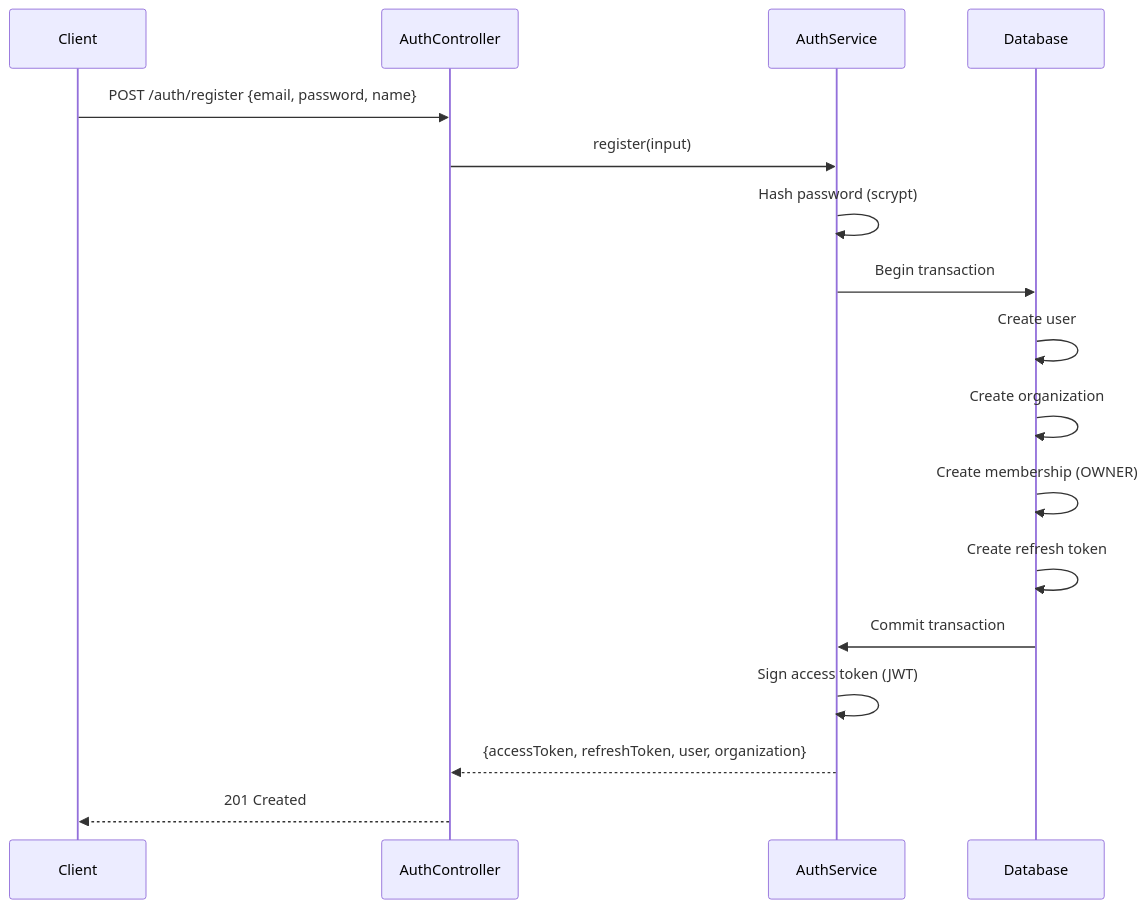
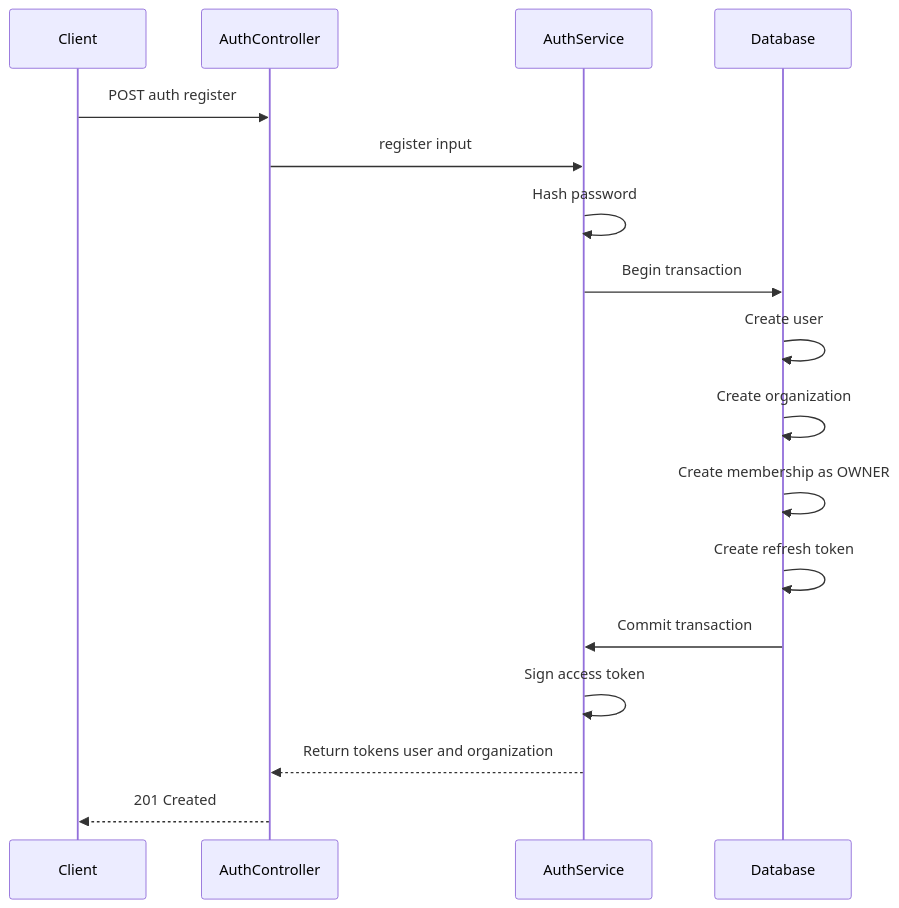
One commit to mdfarhan9304/Invocore changed the fourth of 7 diagrams in README.md. Above: the diagram before and after it, drawn with Mermaid. The commit also changed other lines of this file, not shown here.

First line of the commit message:
Fix GitHub Mermaid diagrams that failed to render

````diff
--- a/README.md
+++ b/README.md
@@ -361,22 +361,22 @@
 ```mermaid
 sequenceDiagram
     participant Client
     participant AuthController
     participant AuthService
     participant Database
 
-    Client->>AuthController: POST /auth/register {email, password, name}
-    AuthController->>AuthService: register(input)
+    Client->>AuthController: POST auth register
+    AuthController->>AuthService: register input
 
-    AuthService->>AuthService: Hash password (scrypt)
+    AuthService->>AuthService: Hash password
     AuthService->>Database: Begin transaction
     Database->>Database: Create user
     Database->>Database: Create organization
-    Database->>Database: Create membership (OWNER)
+    Database->>Database: Create membership as OWNER
     Database->>Database: Create refresh token
     Database->>AuthService: Commit transaction
 
-    AuthService->>AuthService: Sign access token (JWT)
-    AuthService-->>AuthController: {accessToken, refreshToken, user, organization}
+    AuthService->>AuthService: Sign access token
+    AuthService-->>AuthController: Return tokens user and organization
     AuthController-->>Client: 201 Created
 ```
````
